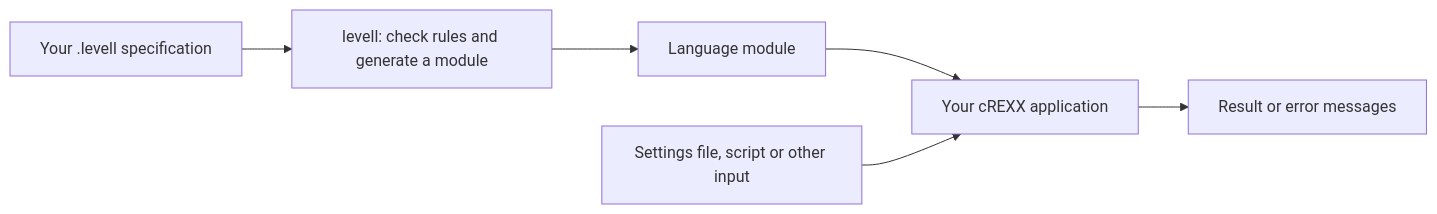
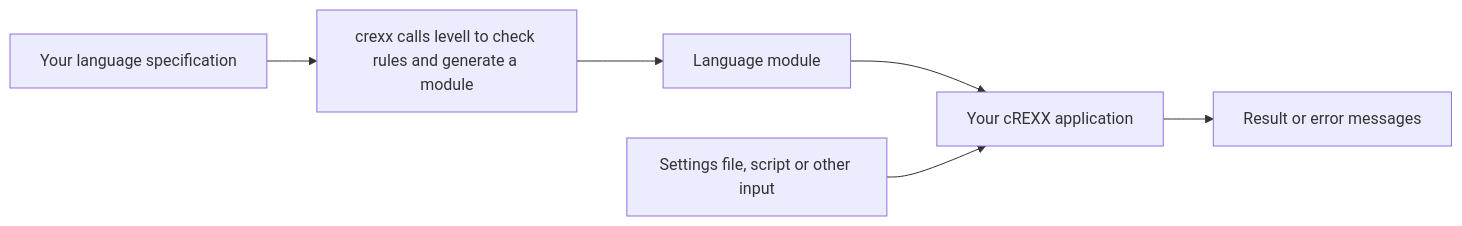
Before and after one commit to adesutherland/CREXX: the first of 2 diagrams in lib/rxfnsl/doc/user-guide.md, drawn with Mermaid. The commit also changed other lines of this file and 158 other files, not shown here.

First line of the commit message:
feat(levell): integrate grammar sources with crexx builds

````diff
--- a/lib/rxfnsl/doc/user-guide.md
+++ b/lib/rxfnsl/doc/user-guide.md
@@ -62,8 +63,8 @@
 ```mermaid
 flowchart LR
-    G["Your .levell specification"] --> B["levell: check rules and generate a module"]
+    G["Your language specification"] --> B["crexx calls levell to check rules and generate a module"]
     B --> M["Language module"]
     M --> A["Your cREXX application"]
     S["Settings file, script or other input"] --> A
     A --> R["Result or error messages"]
 ```
````
